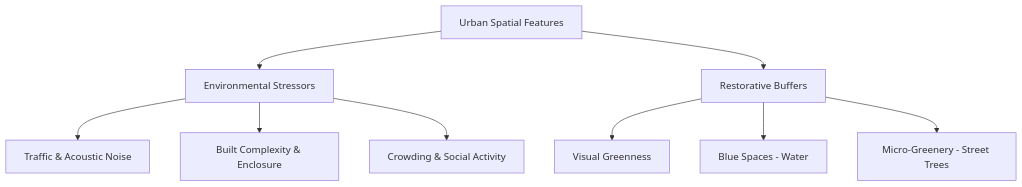
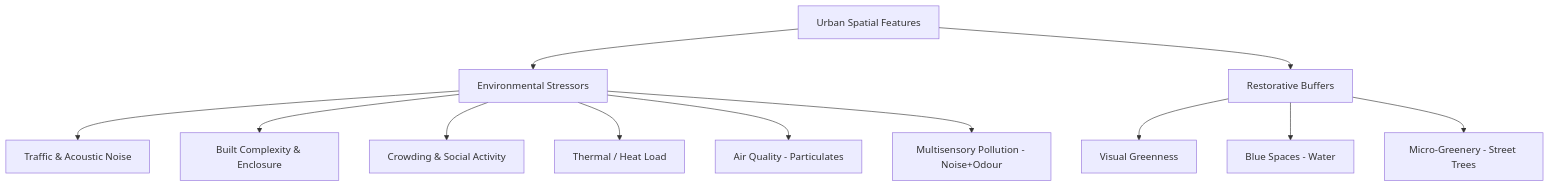
Before and after one commit to Softhook/BioMapping: the first of 2 diagrams in docs/environmental_stress_literature_review.md, drawn with Mermaid. The commit also changed other lines of this file, not shown here.

````diff
--- a/docs/environmental_stress_literature_review.md
+++ b/docs/environmental_stress_literature_review.md
@@ -40,13 +89,16 @@
 ```mermaid
 graph TD
     A[Urban Spatial Features] --> B[Environmental Stressors]
     A --> C[Restorative Buffers]
-    
+
     B --> B1[Traffic & Acoustic Noise]
     B --> B2[Built Complexity & Enclosure]
     B --> B3[Crowding & Social Activity]
-    
+    B --> B4[Thermal / Heat Load]
+    B --> B5[Air Quality - Particulates]
+    B --> B6[Multisensory Pollution - Noise+Odour]
+
     C --> C1[Visual Greenness]
     C --> C2[Blue Spaces - Water]
     C --> C3[Micro-Greenery - Street Trees]
 ```
````
